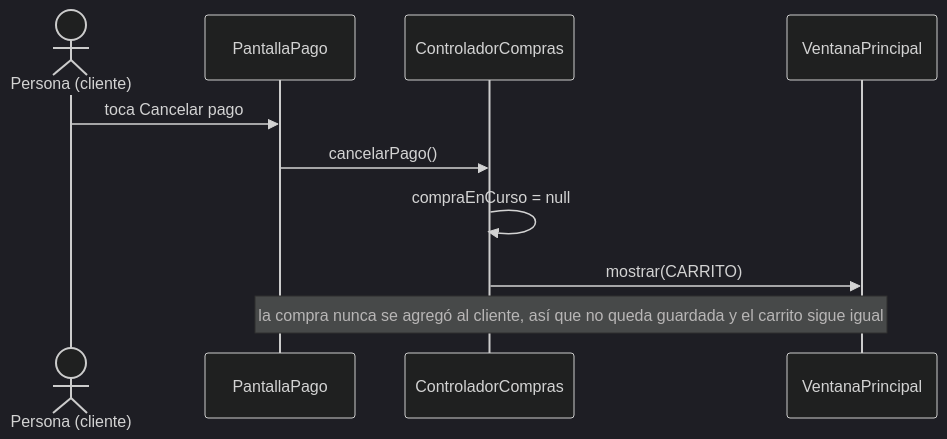
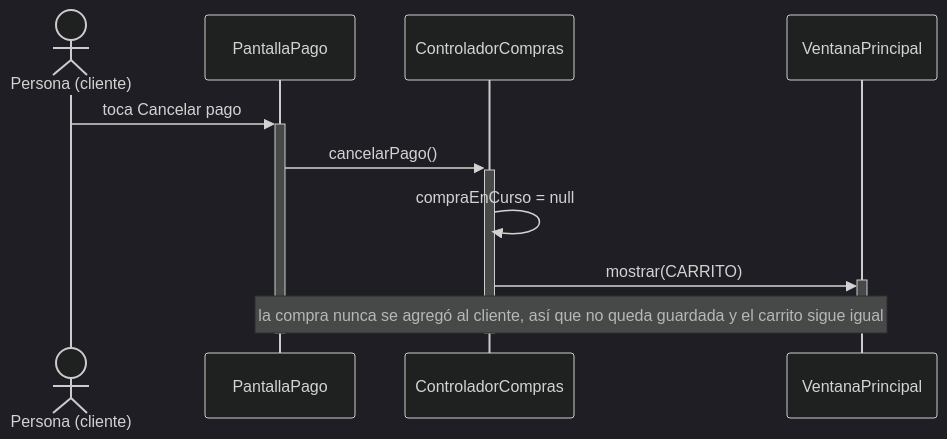
Before and after one commit to AgustinSimonenco/gestion-eventos-musicales: the third of 3 diagrams in docs/diseno/secuencias/CU10-confirmar-compra.md, drawn with Mermaid (dark theme). The commit also changed other lines of this file and 12 other files, not shown here.

First line of the commit message:
Agregar barras de activación a todos los diagramas de secuencia

````diff
--- a/docs/diseno/secuencias/CU10-confirmar-compra.md
+++ b/docs/diseno/secuencias/CU10-confirmar-compra.md
@@ -141,13 +162,16 @@
 ```mermaid
 sequenceDiagram
     actor U as Persona (cliente)
     participant P as PantallaPago
     participant C as ControladorCompras
     participant V as VentanaPrincipal
 
-    U->>P: toca Cancelar pago
-    P->>C: cancelarPago()
+    U->>+P: toca Cancelar pago
+    P->>+C: cancelarPago()
     C->>C: compraEnCurso = null
-    C->>V: mostrar(CARRITO)
+    C->>+V: mostrar(CARRITO)
+    deactivate V
     Note over P,V: la compra nunca se agregó al cliente, así que no queda guardada y el carrito sigue igual
+    deactivate C
+    deactivate P
 ```
````
